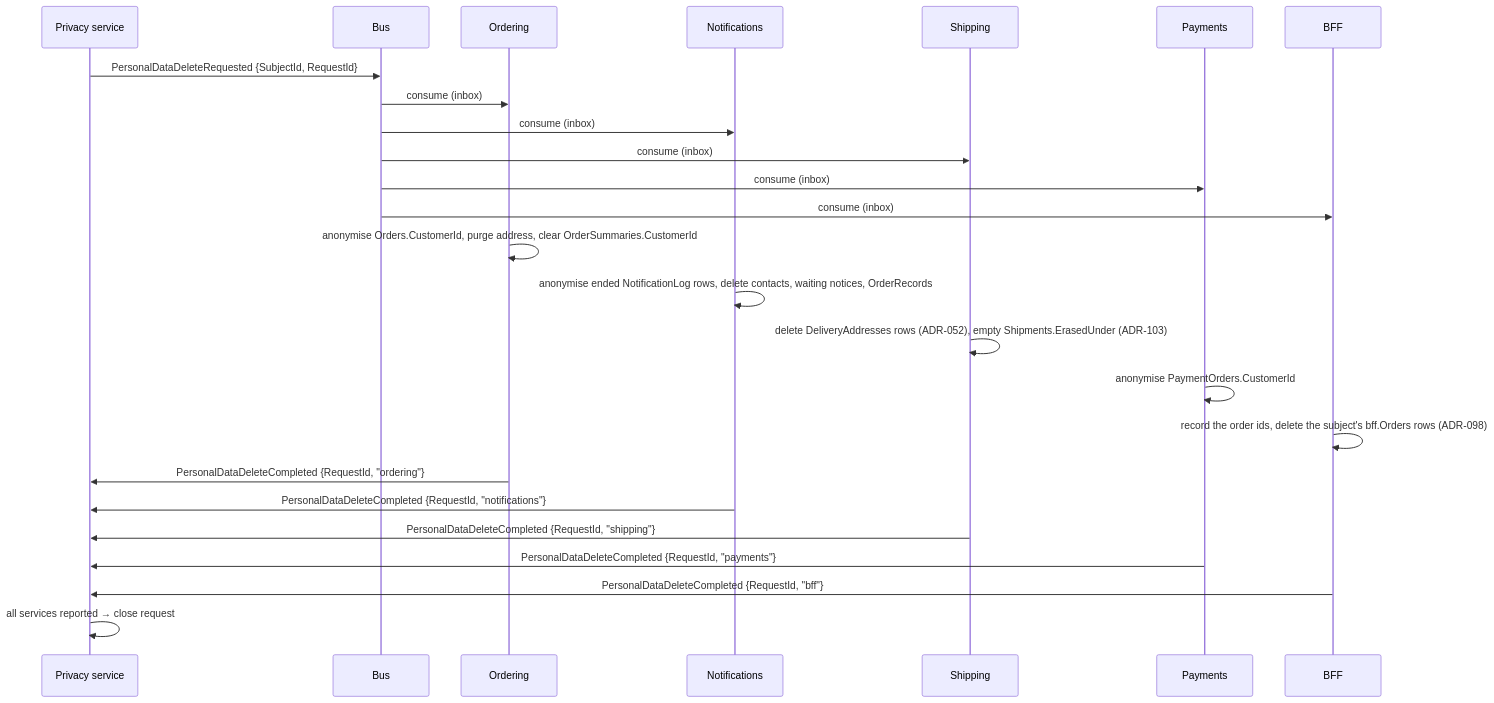
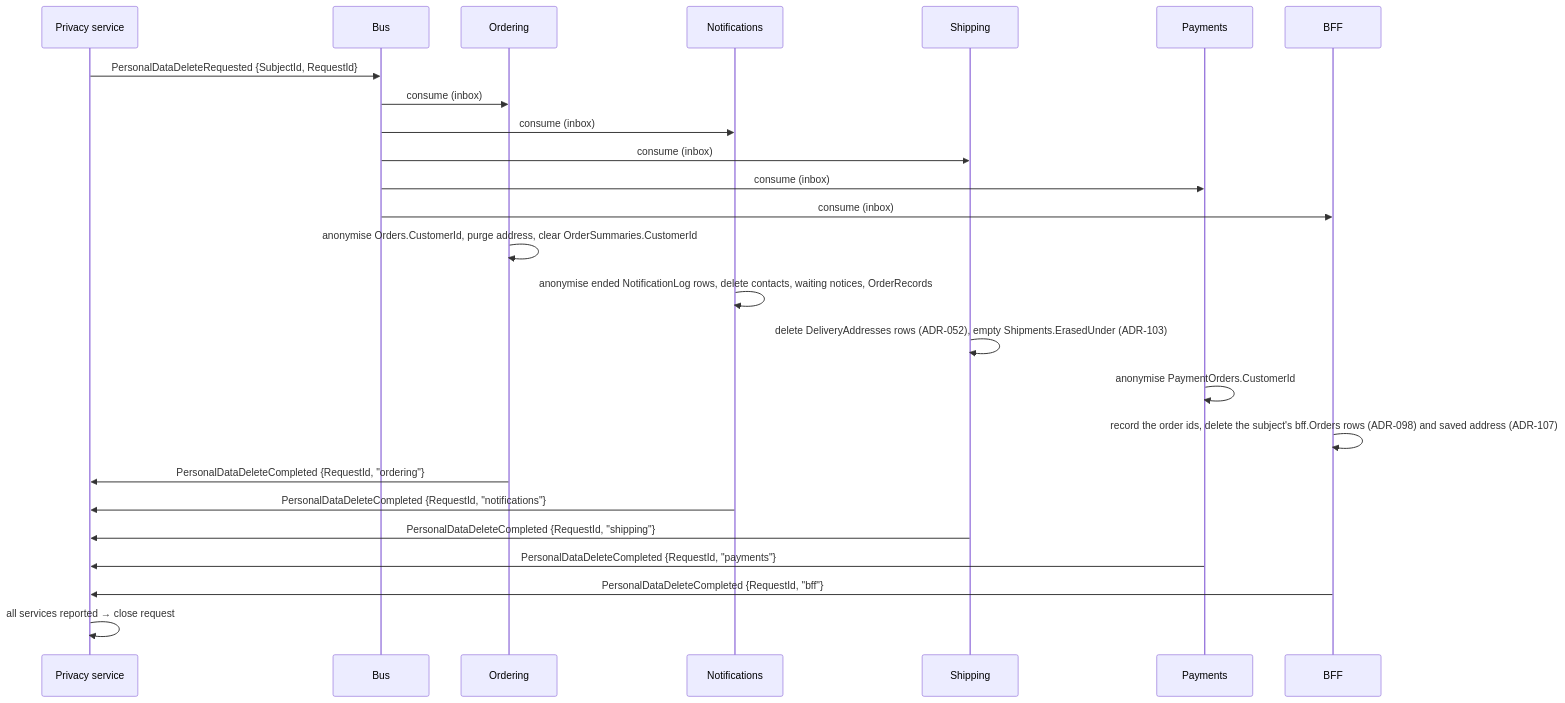
Before and after one commit to alexander-shamray/blueprint-backend: the second of 2 diagrams in docs/backend-architecture/11-identity-authorization.md, drawn with Mermaid. The commit also changed 4 other files, not shown here.

First line of the commit message:
docs(adr): ADR-107 and section 10.9 specify the BFF's saved delivery address

````diff
--- a/docs/backend-architecture/11-identity-authorization.md
+++ b/docs/backend-architecture/11-identity-authorization.md
@@ -1425,28 +1425,28 @@
 ```mermaid
 sequenceDiagram
     participant P as Privacy service
     participant B as Bus
     participant O as Ordering
     participant N as Notifications
     participant S as Shipping
     participant Y as Payments
     participant F as BFF
 
     P->>B: PersonalDataDeleteRequested {SubjectId, RequestId}
     B->>O: consume (inbox)
     B->>N: consume (inbox)
     B->>S: consume (inbox)
     B->>Y: consume (inbox)
     B->>F: consume (inbox)
     O->>O: anonymise Orders.CustomerId, purge address, clear OrderSummaries.CustomerId
     N->>N: anonymise ended NotificationLog rows, delete contacts, waiting notices, OrderRecords
     S->>S: delete DeliveryAddresses rows (ADR-052), empty Shipments.ErasedUnder (ADR-103)
     Y->>Y: anonymise PaymentOrders.CustomerId
-    F->>F: record the order ids, delete the subject's bff.Orders rows (ADR-098)
+    F->>F: record the order ids, delete the subject's bff.Orders rows (ADR-098) and saved address (ADR-107)
     O->>P: PersonalDataDeleteCompleted {RequestId, "ordering"}
     N->>P: PersonalDataDeleteCompleted {RequestId, "notifications"}
     S->>P: PersonalDataDeleteCompleted {RequestId, "shipping"}
     Y->>P: PersonalDataDeleteCompleted {RequestId, "payments"}
     F->>P: PersonalDataDeleteCompleted {RequestId, "bff"}
     P->>P: all services reported → close request
 ```
````
